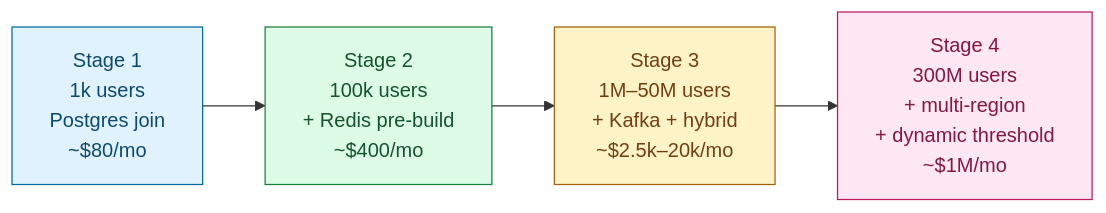
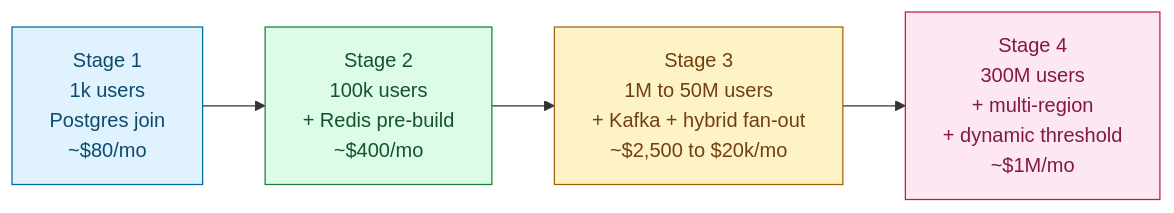
Before and after one commit to shiningflash/system-design: the fifth of 5 diagrams in problems/002-news-feed/solution.md, drawn with Mermaid. The commit also changed other lines of this file and 37 other files, not shown here.

````diff
--- a/problems/002-news-feed/solution.md
+++ b/problems/002-news-feed/solution.md
@@ -373,14 +368,14 @@
 ```mermaid
 flowchart LR
     S1["Stage 1\n1k users\nPostgres join\n~$80/mo"]:::s1
     S2["Stage 2\n100k users\n+ Redis pre-build\n~$400/mo"]:::s2
-    S3["Stage 3\n1M–50M users\n+ Kafka + hybrid\n~$2.5k–20k/mo"]:::s3
+    S3["Stage 3\n1M to 50M users\n+ Kafka + hybrid fan-out\n~$2,500 to $20k/mo"]:::s3
     S4["Stage 4\n300M users\n+ multi-region\n+ dynamic threshold\n~$1M/mo"]:::s4
 
     S1 --> S2 --> S3 --> S4
 
     classDef s1 fill:#e0f2fe,stroke:#0369a1,color:#0c4a6e
     classDef s2 fill:#dcfce7,stroke:#15803d,color:#14532d
     classDef s3 fill:#fef3c7,stroke:#a16207,color:#713f12
     classDef s4 fill:#fce7f3,stroke:#be185d,color:#831843
 ```
````
